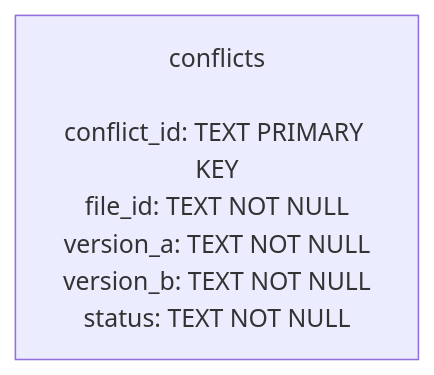
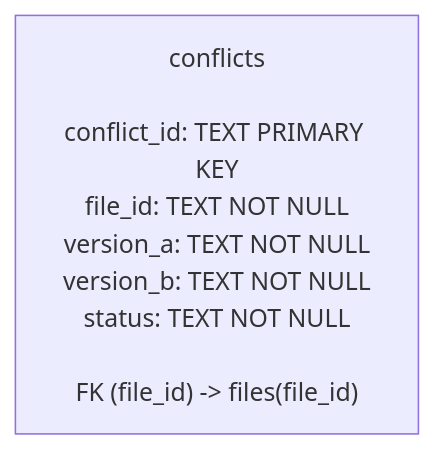
One commit to ShivangNagta/data_sync changed the diagram in docs/schema/conflicts.mmd. Above: the diagram before and after it, drawn with Mermaid. The commit also changed 11 other files, not shown here.

```diff
--- a/docs/schema/conflicts.mmd
+++ b/docs/schema/conflicts.mmd
@@ -1,2 +1,2 @@
 flowchart TB
-    CON["conflicts<br/><br/>conflict_id: TEXT PRIMARY KEY<br/>file_id: TEXT NOT NULL<br/>version_a: TEXT NOT NULL<br/>version_b: TEXT NOT NULL<br/>status: TEXT NOT NULL"]
+    CON["conflicts<br/><br/>conflict_id: TEXT PRIMARY KEY<br/>file_id: TEXT NOT NULL<br/>version_a: TEXT NOT NULL<br/>version_b: TEXT NOT NULL<br/>status: TEXT NOT NULL<br/><br/>FK (file_id) -> files(file_id)"]
```
